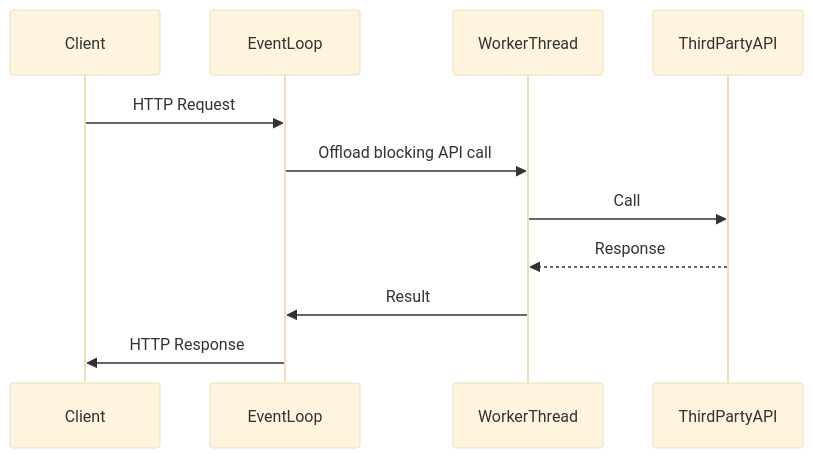
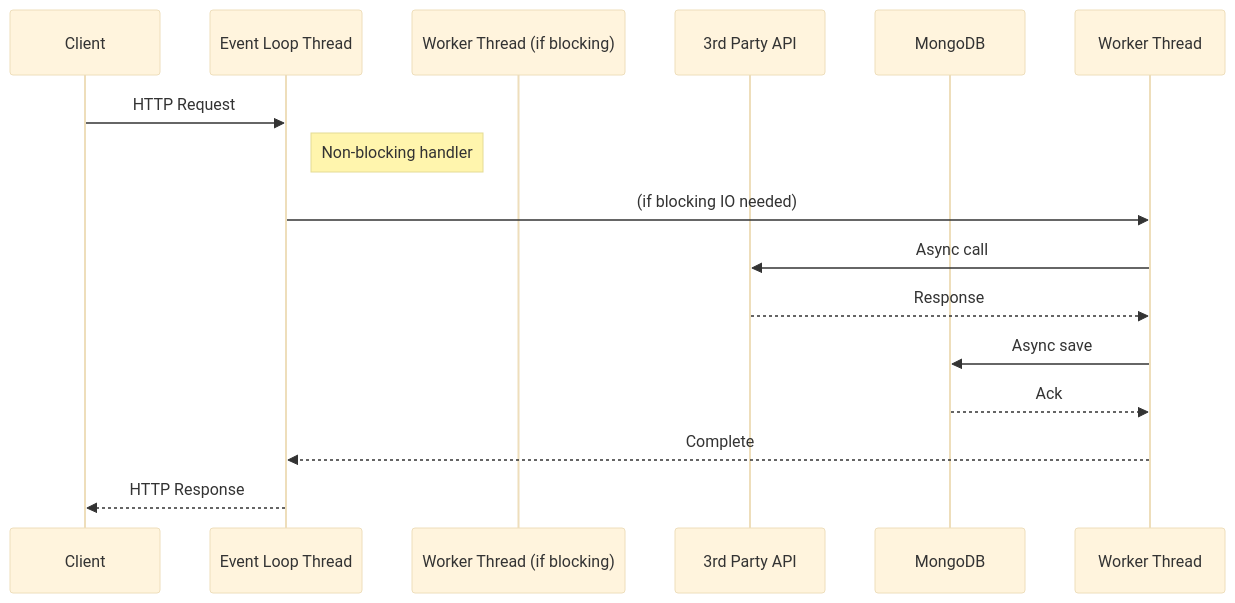
Before and after one commit to sonuprajapati15/Web-frameworks: the third of 7 diagrams in README.md, drawn with Mermaid (base theme). The commit also changed other lines of this file, not shown here.

````diff
--- a/README.md
+++ b/README.md
@@ -199,14 +227,18 @@
 ```mermaid
 sequenceDiagram
     participant Client
-    participant EventLoop
-    participant WorkerThread
-    participant ThirdPartyAPI
+    participant Event Loop Thread
+    participant Worker Thread (if blocking)
+    participant 3rd Party API
+    participant MongoDB
 
-    Client->>EventLoop: HTTP Request
-    EventLoop->>WorkerThread: Offload blocking API call
-    WorkerThread->>ThirdPartyAPI: Call
-    ThirdPartyAPI-->>WorkerThread: Response
-    WorkerThread->>EventLoop: Result
-    EventLoop->>Client: HTTP Response
+    Client->>Event Loop Thread: HTTP Request
+    Note right of Event Loop Thread: Non-blocking handler
+    Event Loop Thread->>Worker Thread: (if blocking IO needed)
+    Worker Thread->>3rd Party API: Async call
+    3rd Party API-->>Worker Thread: Response
+    Worker Thread->>MongoDB: Async save
+    MongoDB-->>Worker Thread: Ack
+    Worker Thread-->>Event Loop Thread: Complete
+    Event Loop Thread-->>Client: HTTP Response
 ```
````
